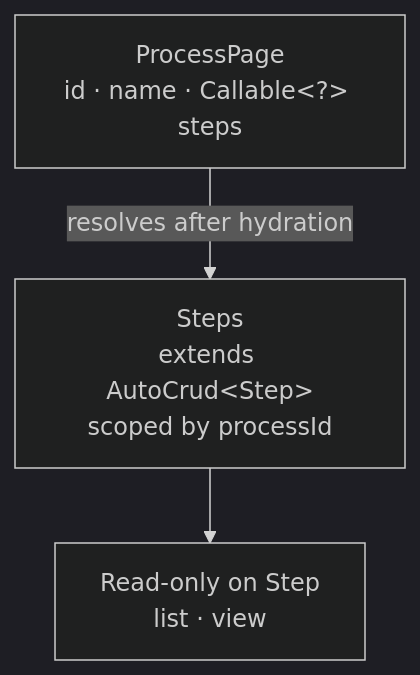
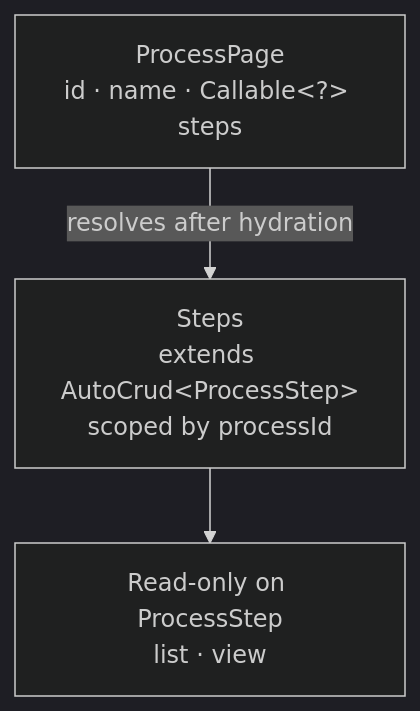
One commit to miguelperezcolom/mateu changed the diagram in doc/src/content/docs/java-user-manual/build/master-detail.md. Above: the diagram before and after it, drawn with Mermaid (dark theme). The commit also changed other lines of this file and 125 other files, not shown here.

````diff
--- a/doc/src/content/docs/java-user-manual/build/master-detail.md
+++ b/doc/src/content/docs/java-user-manual/build/master-detail.md
@@ -123,6 +123,6 @@
 ```mermaid
 flowchart TD
     P["ProcessPage\nid · name · Callable&lt;?&gt; steps"]
-    P -->|resolves after hydration| S["Steps\nextends AutoCrud&lt;Step&gt;\nscoped by processId"]
-    S --> CR["Read-only on Step\nlist · view"]
+    P -->|resolves after hydration| S["Steps\nextends AutoCrud&lt;ProcessStep&gt;\nscoped by processId"]
+    S --> CR["Read-only on ProcessStep\nlist · view"]
 ```
````
